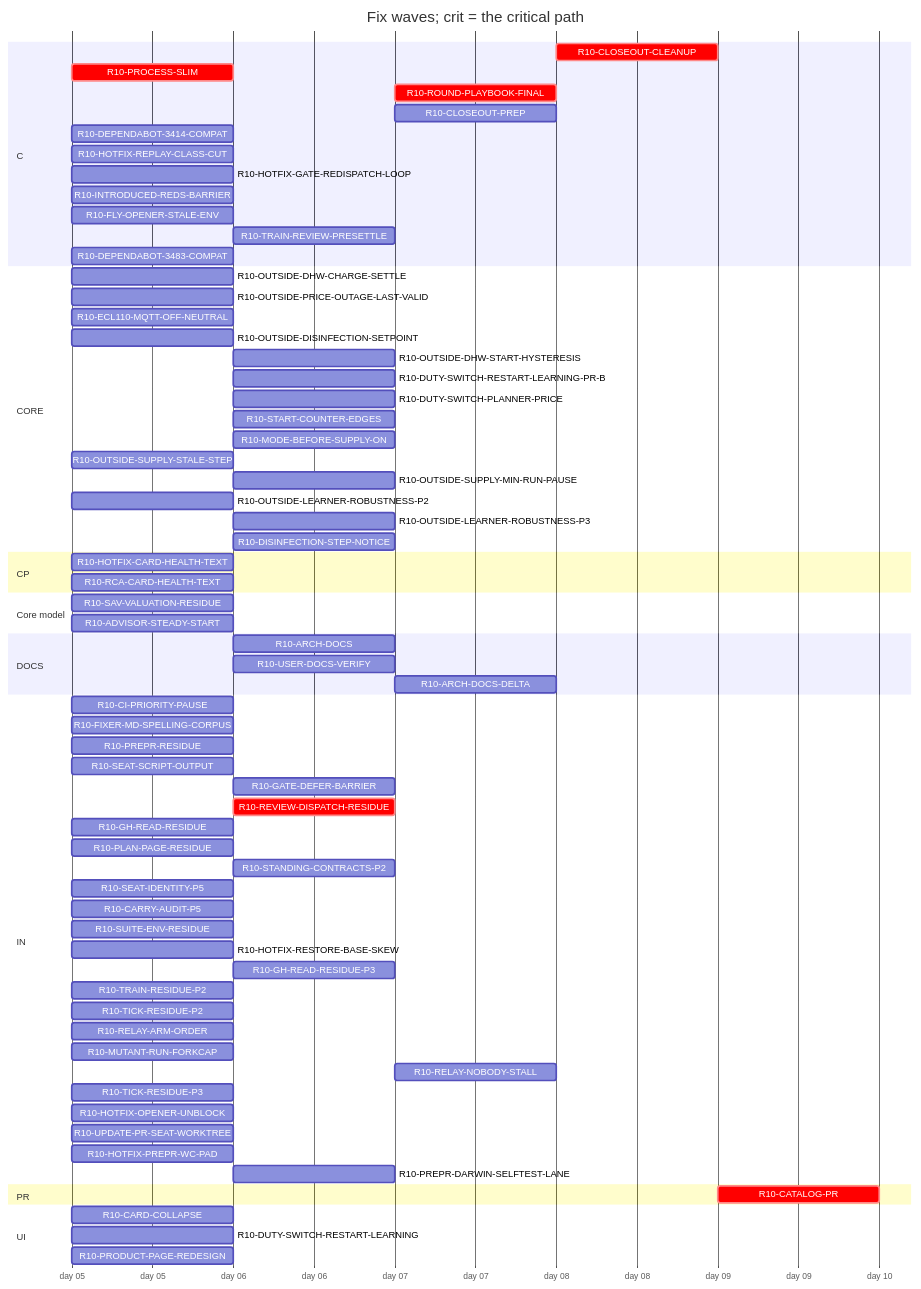
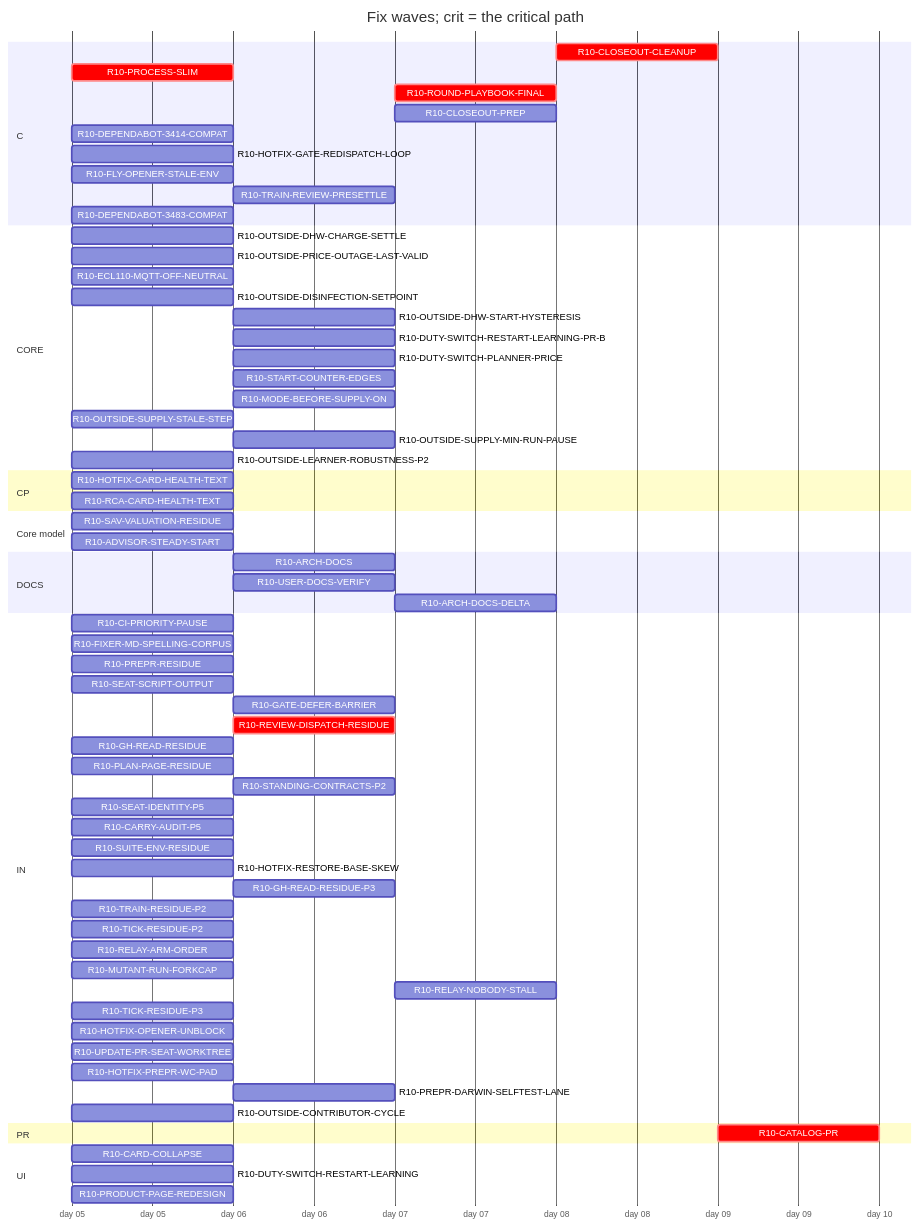
Before and after one commit to tvofi/heatpump_optimizer: the diagram in handoff/round10/state/PLAN-TABLE.md, drawn with Mermaid. The commit also changed other lines of this file and 3 other files, not shown here.

Commit message:
state: FLOW-BOARD.md, NEXT-SESSION-PROMPT.md, PLAN-TABLE.md, RESUME-CURRENT.md regenerated (state_docs.py)

````diff
--- a/handoff/round10/state/PLAN-TABLE.md
+++ b/handoff/round10/state/PLAN-TABLE.md
@@ -21,74 +21,71 @@
 ```mermaid
 gantt
   title Fix waves; crit = the critical path
   dateFormat YYYY-MM-DD
   axisFormat day %d
   section C
     R10-CLOSEOUT-CLEANUP :crit, r10CLOSEOUTCLEANUP, after r10ARCHDOCS r10USERDOCSVERIFY r10ROUNDPLAYBOOKFINAL r10CLOSEOUTPREP r10ARCHDOCSDELTA, 1d
     R10-PROCESS-SLIM :crit, r10PROCESSSLIM, 2026-01-05, 1d
     R10-ROUND-PLAYBOOK-FINAL :crit, r10ROUNDPLAYBOOKFINAL, after r10PROCESSSLIM r10FIXERMDSPELLINGCORPUS r10PREPRRESIDUE r10SEATSCRIPTOUTPUT r10REVIEWDISPATCHRESIDUE r10CARRYAUDITP5 r10SEATIDENTITYP5 r10STANDINGCONTRACTSP2 r10PLANPAGERESIDUE r10GHREADRESIDUE r10SUITEENVRESIDUE r10GATEDEFERBARRIER, 1d
     R10-CLOSEOUT-PREP :r10CLOSEOUTPREP, after r10ARCHDOCS r10PROCESSSLIM r10FIXERMDSPELLINGCORPUS r10PREPRRESIDUE r10SEATSCRIPTOUTPUT r10REVIEWDISPATCHRESIDUE r10CARRYAUDITP5 r10SEATIDENTITYP5 r10STANDINGCONTRACTSP2 r10PLANPAGERESIDUE r10GHREADRESIDUE r10SUITEENVRESIDUE r10GATEDEFERBARRIER, 1d
     R10-DEPENDABOT-3414-COMPAT :r10DEPENDABOT3414COMPAT, 2026-01-05, 1d
-    R10-HOTFIX-REPLAY-CLASS-CUT :r10HOTFIXREPLAYCLASSCUT, 2026-01-05, 1d
     R10-HOTFIX-GATE-REDISPATCH-LOOP :r10HOTFIXGATEREDISPATCHLOOP, 2026-01-05, 1d
-    R10-INTRODUCED-REDS-BARRIER :r10INTRODUCEDREDSBARRIER, 2026-01-05, 1d
     R10-FLY-OPENER-STALE-ENV :r10FLYOPENERSTALEENV, 2026-01-05, 1d
     R10-TRAIN-REVIEW-PRESETTLE :r10TRAINREVIEWPRESETTLE, after r10TRAINRESIDUEP2, 1d
     R10-DEPENDABOT-3483-COMPAT :r10DEPENDABOT3483COMPAT, 2026-01-05, 1d
   section CORE
     R10-OUTSIDE-DHW-CHARGE-SETTLE :r10OUTSIDEDHWCHARGESETTLE, 2026-01-05, 1d
     R10-OUTSIDE-PRICE-OUTAGE-LAST-VALID :r10OUTSIDEPRICEOUTAGELASTVALID, 2026-01-05, 1d
     R10-ECL110-MQTT-OFF-NEUTRAL :r10ECL110MQTTOFFNEUTRAL, 2026-01-05, 1d
     R10-OUTSIDE-DISINFECTION-SETPOINT :r10OUTSIDEDISINFECTIONSETPOINT, 2026-01-05, 1d
     R10-OUTSIDE-DHW-START-HYSTERESIS :r10OUTSIDEDHWSTARTHYSTERESIS, after r10OUTSIDEDISINFECTIONSETPOINT, 1d
     R10-DUTY-SWITCH-RESTART-LEARNING-PR-B :r10DUTYSWITCHRESTARTLEARNINGPRB, after r10DUTYSWITCHRESTARTLEARNING, 1d
     R10-DUTY-SWITCH-PLANNER-PRICE :r10DUTYSWITCHPLANNERPRICE, after r10DUTYSWITCHRESTARTLEARNING, 1d
     R10-START-COUNTER-EDGES :r10STARTCOUNTEREDGES, after r10DUTYSWITCHRESTARTLEARNING, 1d
     R10-MODE-BEFORE-SUPPLY-ON :r10MODEBEFORESUPPLYON, after r10DUTYSWITCHRESTARTLEARNING, 1d
     R10-OUTSIDE-SUPPLY-STALE-STEP :r10OUTSIDESUPPLYSTALESTEP, 2026-01-05, 1d
     R10-OUTSIDE-SUPPLY-MIN-RUN-PAUSE :r10OUTSIDESUPPLYMINRUNPAUSE, after r10OUTSIDESUPPLYSTALESTEP, 1d
     R10-OUTSIDE-LEARNER-ROBUSTNESS-P2 :r10OUTSIDELEARNERROBUSTNESSP2, 2026-01-05, 1d
-    R10-OUTSIDE-LEARNER-ROBUSTNESS-P3 :r10OUTSIDELEARNERROBUSTNESSP3, after r10OUTSIDELEARNERROBUSTNESSP2, 1d
-    R10-DISINFECTION-STEP-NOTICE :r10DISINFECTIONSTEPNOTICE, after r10OUTSIDEDISINFECTIONSETPOINT, 1d
   section CP
     R10-HOTFIX-CARD-HEALTH-TEXT :r10HOTFIXCARDHEALTHTEXT, 2026-01-05, 1d
     R10-RCA-CARD-HEALTH-TEXT :r10RCACARDHEALTHTEXT, 2026-01-05, 1d
   section Core model
     R10-SAV-VALUATION-RESIDUE :r10SAVVALUATIONRESIDUE, 2026-01-05, 1d
     R10-ADVISOR-STEADY-START :r10ADVISORSTEADYSTART, 2026-01-05, 1d
   section DOCS
     R10-ARCH-DOCS :r10ARCHDOCS, after r10PROCESSSLIM, 1d
     R10-USER-DOCS-VERIFY :r10USERDOCSVERIFY, after r10PRODUCTPAGEREDESIGN, 1d
     R10-ARCH-DOCS-DELTA :r10ARCHDOCSDELTA, after r10ARCHDOCS r10SAVVALUATIONRESIDUE r10ADVISORSTEADYSTART, 1d
   section IN
     R10-CI-PRIORITY-PAUSE :r10CIPRIORITYPAUSE, 2026-01-05, 1d
     R10-FIXER-MD-SPELLING-CORPUS :r10FIXERMDSPELLINGCORPUS, 2026-01-05, 1d
     R10-PREPR-RESIDUE :r10PREPRRESIDUE, 2026-01-05, 1d
     R10-SEAT-SCRIPT-OUTPUT :r10SEATSCRIPTOUTPUT, 2026-01-05, 1d
     R10-GATE-DEFER-BARRIER :r10GATEDEFERBARRIER, after r10HOTFIXGATEREDISPATCHLOOP, 1d
     R10-REVIEW-DISPATCH-RESIDUE :crit, r10REVIEWDISPATCHRESIDUE, after r10PROCESSSLIM, 1d
     R10-GH-READ-RESIDUE :r10GHREADRESIDUE, 2026-01-05, 1d
     R10-PLAN-PAGE-RESIDUE :r10PLANPAGERESIDUE, 2026-01-05, 1d
     R10-STANDING-CONTRACTS-P2 :r10STANDINGCONTRACTSP2, after r10FIXERMDSPELLINGCORPUS, 1d
     R10-SEAT-IDENTITY-P5 :r10SEATIDENTITYP5, 2026-01-05, 1d
     R10-CARRY-AUDIT-P5 :r10CARRYAUDITP5, 2026-01-05, 1d
     R10-SUITE-ENV-RESIDUE :r10SUITEENVRESIDUE, 2026-01-05, 1d
     R10-HOTFIX-RESTORE-BASE-SKEW :r10HOTFIXRESTOREBASESKEW, 2026-01-05, 1d
     R10-GH-READ-RESIDUE-P3 :r10GHREADRESIDUEP3, after r10GHREADRESIDUE, 1d
     R10-TRAIN-RESIDUE-P2 :r10TRAINRESIDUEP2, 2026-01-05, 1d
     R10-TICK-RESIDUE-P2 :r10TICKRESIDUEP2, 2026-01-05, 1d
     R10-RELAY-ARM-ORDER :r10RELAYARMORDER, 2026-01-05, 1d
     R10-MUTANT-RUN-FORKCAP :r10MUTANTRUNFORKCAP, 2026-01-05, 1d
     R10-RELAY-NOBODY-STALL :r10RELAYNOBODYSTALL, after r10RELAYARMORDER r10REVIEWDISPATCHRESIDUE, 1d
     R10-TICK-RESIDUE-P3 :r10TICKRESIDUEP3, 2026-01-05, 1d
     R10-HOTFIX-OPENER-UNBLOCK :r10HOTFIXOPENERUNBLOCK, 2026-01-05, 1d
     R10-UPDATE-PR-SEAT-WORKTREE :r10UPDATEPRSEATWORKTREE, 2026-01-05, 1d
     R10-HOTFIX-PREPR-WC-PAD :r10HOTFIXPREPRWCPAD, 2026-01-05, 1d
     R10-PREPR-DARWIN-SELFTEST-LANE :r10PREPRDARWINSELFTESTLANE, after r10HOTFIXPREPRWCPAD, 1d
+    R10-OUTSIDE-CONTRIBUTOR-CYCLE :r10OUTSIDECONTRIBUTORCYCLE, 2026-01-05, 1d
   section PR
     R10-CATALOG-PR :crit, r10CATALOGPR, after r10USERDOCSVERIFY r10ARCHDOCS r10ROUNDPLAYBOOKFINAL r10CLOSEOUTCLEANUP r10CLOSEOUTPREP r10ARCHDOCSDELTA, 1d
   section UI
     R10-CARD-COLLAPSE :r10CARDCOLLAPSE, 2026-01-05, 1d
     R10-DUTY-SWITCH-RESTART-LEARNING :r10DUTYSWITCHRESTARTLEARNING, 2026-01-05, 1d
     R10-PRODUCT-PAGE-REDESIGN :r10PRODUCTPAGEREDESIGN, 2026-01-05, 1d
 ```
````
